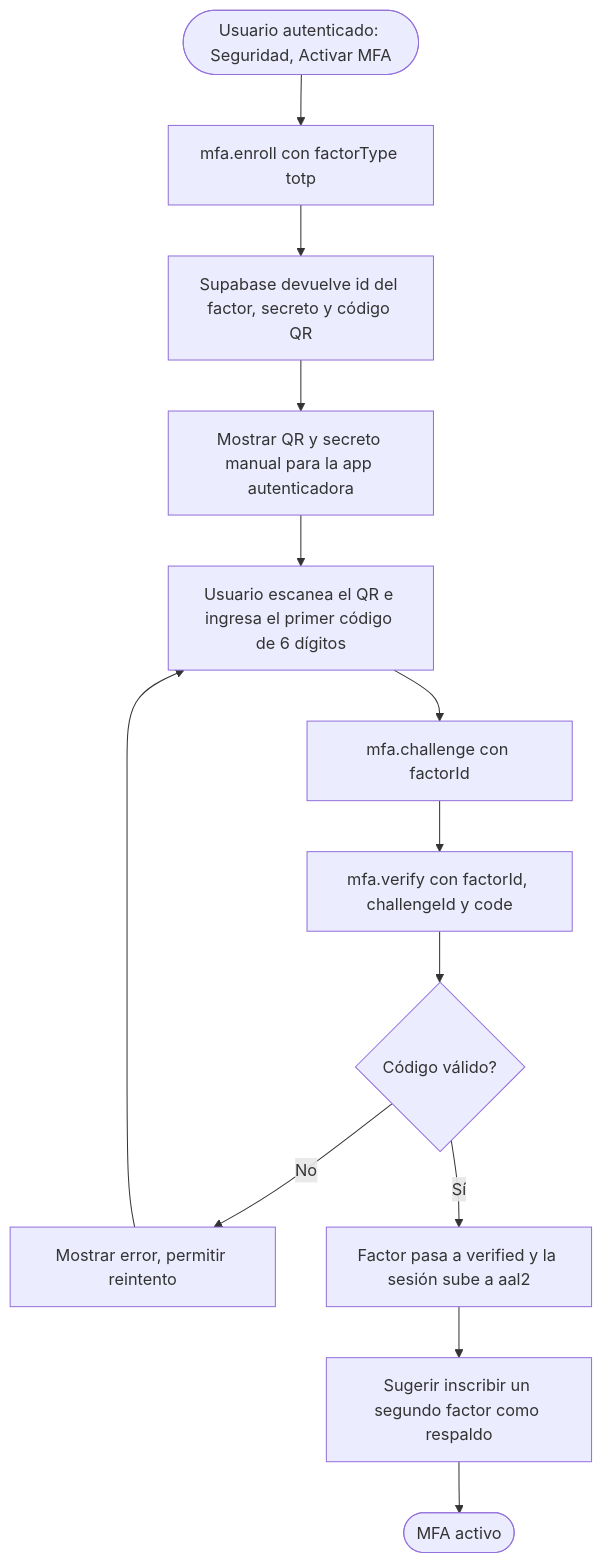
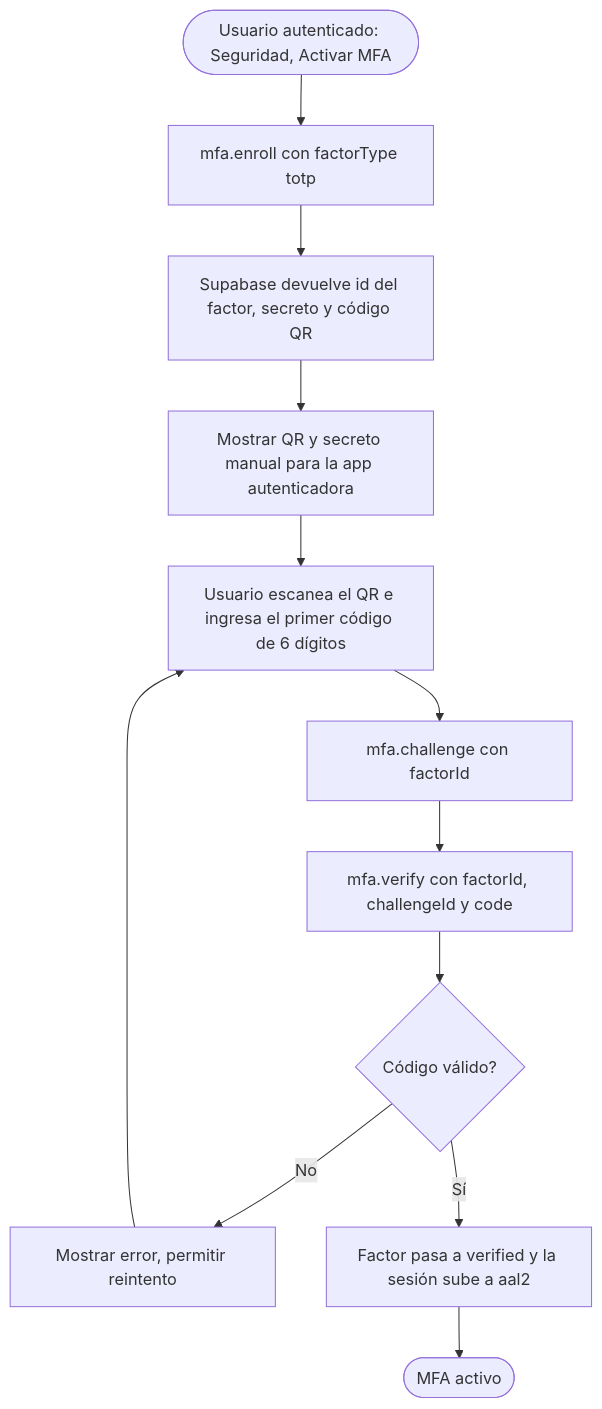
Before and after one commit to Trebol4Devop/Comunidad_USAC: the seventh of 8 diagrams in auth-supabase-login-signup.md, drawn with Mermaid. The commit also changed other lines of this file and 29 other files, not shown here.

````diff
--- a/auth-supabase-login-signup.md
+++ b/auth-supabase-login-signup.md
@@ -355,14 +284,13 @@
 ```mermaid
 flowchart TD
     A(["Usuario autenticado: Seguridad, Activar MFA"]) --> B["mfa.enroll con factorType totp"]
     B --> C["Supabase devuelve id del factor, secreto y código QR"]
     C --> D["Mostrar QR y secreto manual para la app autenticadora"]
     D --> E["Usuario escanea el QR e ingresa el primer código de 6 dígitos"]
     E --> F["mfa.challenge con factorId"]
     F --> G["mfa.verify con factorId, challengeId y code"]
     G --> H{"Código válido?"}
     H -->|"No"| I["Mostrar error, permitir reintento"] --> E
     H -->|"Sí"| J["Factor pasa a verified y la sesión sube a aal2"]
-    J --> K["Sugerir inscribir un segundo factor como respaldo"]
-    K --> L(["MFA activo"])
+    J --> K(["MFA activo"])
 ```
````
